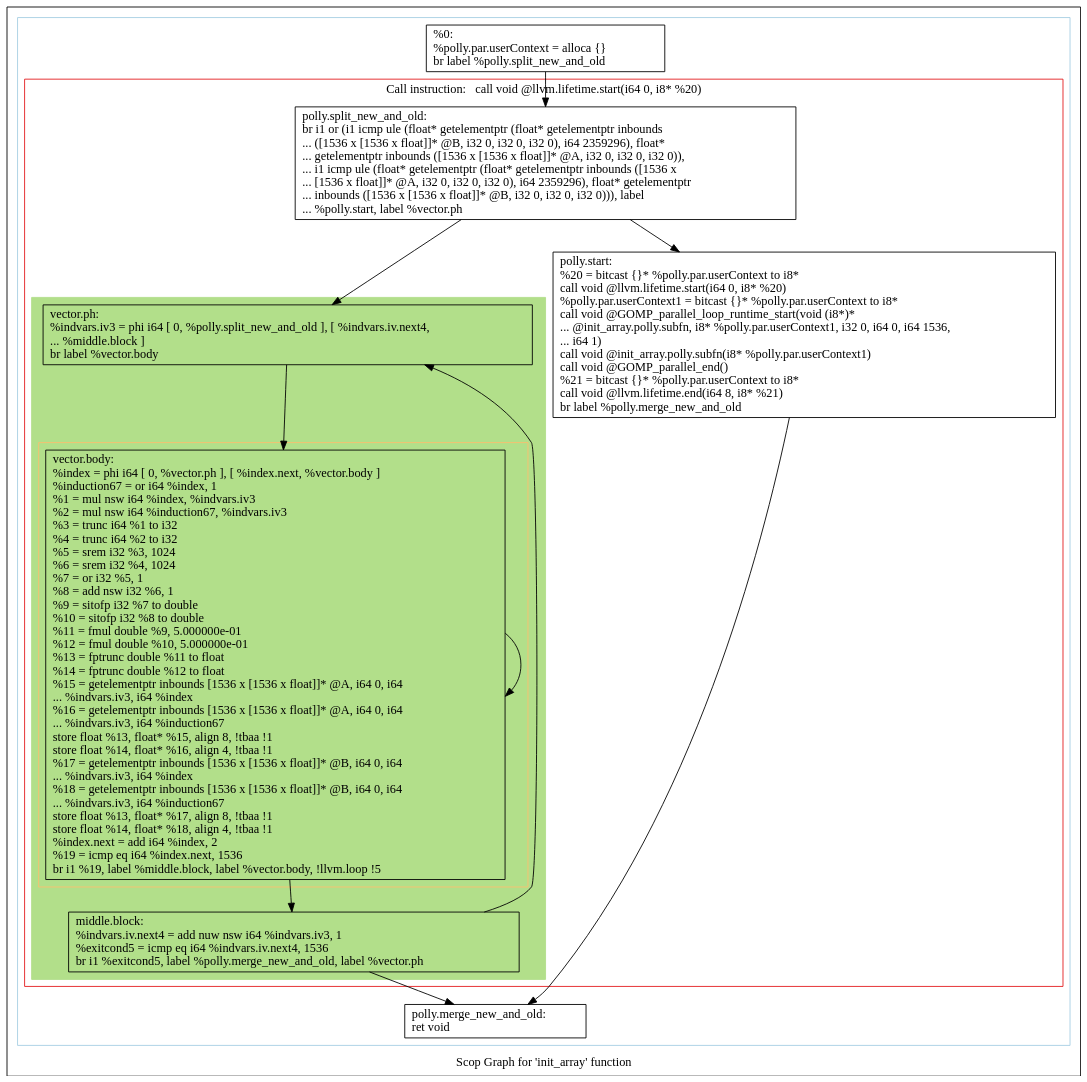
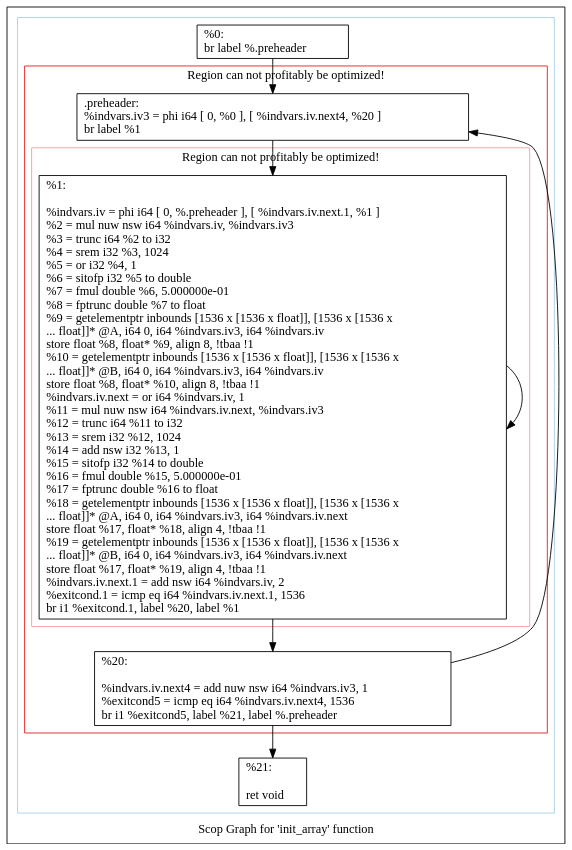
One commit to rogerioag/openmp-hook changed the diagram in matmul-polly/scops.init_array.dot. Above: the diagram before and after it, drawn with Graphviz. The commit also changed 9 other files, not shown here.

```diff
--- a/matmul-polly/scops.init_array.dot
+++ b/matmul-polly/scops.init_array.dot
@@ -1,47 +1,36 @@
 digraph "Scop Graph for 'init_array' function" {
 	label="Scop Graph for 'init_array' function";
 
-	Node0x107fce0 [shape=record,label="{%0:\l  %polly.par.userContext = alloca \{\}\l  br label %polly.split_new_and_old\l}"];
-	Node0x107fce0 -> Node0x107fca0;
-	Node0x107fca0 [shape=record,label="{polly.split_new_and_old:                          \l  br i1 or (i1 icmp ule (float* getelementptr (float* getelementptr inbounds\l... ([1536 x [1536 x float]]* @B, i32 0, i32 0, i32 0), i64 2359296), float*\l... getelementptr inbounds ([1536 x [1536 x float]]* @A, i32 0, i32 0, i32 0)),\l... i1 icmp ule (float* getelementptr (float* getelementptr inbounds ([1536 x\l... [1536 x float]]* @A, i32 0, i32 0, i32 0), i64 2359296), float* getelementptr\l... inbounds ([1536 x [1536 x float]]* @B, i32 0, i32 0, i32 0))), label\l... %polly.start, label %vector.ph\l}"];
-	Node0x107fca0 -> Node0x107fbc0;
-	Node0x107fca0 -> Node0x107fc20;
-	Node0x107fbc0 [shape=record,label="{polly.start:                                      \l  %20 = bitcast \{\}* %polly.par.userContext to i8*\l  call void @llvm.lifetime.start(i64 0, i8* %20)\l  %polly.par.userContext1 = bitcast \{\}* %polly.par.userContext to i8*\l  call void @GOMP_parallel_loop_runtime_start(void (i8*)*\l... @init_array.polly.subfn, i8* %polly.par.userContext1, i32 0, i64 0, i64 1536,\l... i64 1)\l  call void @init_array.polly.subfn(i8* %polly.par.userContext1)\l  call void @GOMP_parallel_end()\l  %21 = bitcast \{\}* %polly.par.userContext to i8*\l  call void @llvm.lifetime.end(i64 8, i8* %21)\l  br label %polly.merge_new_and_old\l}"];
-	Node0x107fbc0 -> Node0x107fc80;
-	Node0x107fc80 [shape=record,label="{polly.merge_new_and_old:                          \l  ret void\l}"];
-	Node0x107fc20 [shape=record,label="{vector.ph:                                        \l  %indvars.iv3 = phi i64 [ 0, %polly.split_new_and_old ], [ %indvars.iv.next4,\l... %middle.block ]\l  br label %vector.body\l}"];
-	Node0x107fc20 -> Node0x107bbc0;
-	Node0x107bbc0 [shape=record,label="{vector.body:                                      \l  %index = phi i64 [ 0, %vector.ph ], [ %index.next, %vector.body ]\l  %induction67 = or i64 %index, 1\l  %1 = mul nsw i64 %index, %indvars.iv3\l  %2 = mul nsw i64 %induction67, %indvars.iv3\l  %3 = trunc i64 %1 to i32\l  %4 = trunc i64 %2 to i32\l  %5 = srem i32 %3, 1024\l  %6 = srem i32 %4, 1024\l  %7 = or i32 %5, 1\l  %8 = add nsw i32 %6, 1\l  %9 = sitofp i32 %7 to double\l  %10 = sitofp i32 %8 to double\l  %11 = fmul double %9, 5.000000e-01\l  %12 = fmul double %10, 5.000000e-01\l  %13 = fptrunc double %11 to float\l  %14 = fptrunc double %12 to float\l  %15 = getelementptr inbounds [1536 x [1536 x float]]* @A, i64 0, i64\l... %indvars.iv3, i64 %index\l  %16 = getelementptr inbounds [1536 x [1536 x float]]* @A, i64 0, i64\l... %indvars.iv3, i64 %induction67\l  store float %13, float* %15, align 8, !tbaa !1\l  store float %14, float* %16, align 4, !tbaa !1\l  %17 = getelementptr inbounds [1536 x [1536 x float]]* @B, i64 0, i64\l... %indvars.iv3, i64 %index\l  %18 = getelementptr inbounds [1536 x [1536 x float]]* @B, i64 0, i64\l... %indvars.iv3, i64 %induction67\l  store float %13, float* %17, align 8, !tbaa !1\l  store float %14, float* %18, align 4, !tbaa !1\l  %index.next = add i64 %index, 2\l  %19 = icmp eq i64 %index.next, 1536\l  br i1 %19, label %middle.block, label %vector.body, !llvm.loop !5\l}"];
-	Node0x107bbc0 -> Node0x107fdd0;
-	Node0x107bbc0 -> Node0x107bbc0[constraint=false];
-	Node0x107fdd0 [shape=record,label="{middle.block:                                     \l  %indvars.iv.next4 = add nuw nsw i64 %indvars.iv3, 1\l  %exitcond5 = icmp eq i64 %indvars.iv.next4, 1536\l  br i1 %exitcond5, label %polly.merge_new_and_old, label %vector.ph\l}"];
-	Node0x107fdd0 -> Node0x107fc80;
-	Node0x107fdd0 -> Node0x107fc20[constraint=false];
+	Node0x16244f0 [shape=record,label="{%0:\l  br label %.preheader\l}"];
+	Node0x16244f0 -> Node0x1624490;
+	Node0x1624490 [shape=record,label="{.preheader:                                       \l  %indvars.iv3 = phi i64 [ 0, %0 ], [ %indvars.iv.next4, %20 ]\l  br label %1\l}"];
+	Node0x1624490 -> Node0x1624b10;
+	Node0x1624b10 [shape=record,label="{%1:\l\l  %indvars.iv = phi i64 [ 0, %.preheader ], [ %indvars.iv.next.1, %1 ]\l  %2 = mul nuw nsw i64 %indvars.iv, %indvars.iv3\l  %3 = trunc i64 %2 to i32\l  %4 = srem i32 %3, 1024\l  %5 = or i32 %4, 1\l  %6 = sitofp i32 %5 to double\l  %7 = fmul double %6, 5.000000e-01\l  %8 = fptrunc double %7 to float\l  %9 = getelementptr inbounds [1536 x [1536 x float]], [1536 x [1536 x\l... float]]* @A, i64 0, i64 %indvars.iv3, i64 %indvars.iv\l  store float %8, float* %9, align 8, !tbaa !1\l  %10 = getelementptr inbounds [1536 x [1536 x float]], [1536 x [1536 x\l... float]]* @B, i64 0, i64 %indvars.iv3, i64 %indvars.iv\l  store float %8, float* %10, align 8, !tbaa !1\l  %indvars.iv.next = or i64 %indvars.iv, 1\l  %11 = mul nuw nsw i64 %indvars.iv.next, %indvars.iv3\l  %12 = trunc i64 %11 to i32\l  %13 = srem i32 %12, 1024\l  %14 = add nsw i32 %13, 1\l  %15 = sitofp i32 %14 to double\l  %16 = fmul double %15, 5.000000e-01\l  %17 = fptrunc double %16 to float\l  %18 = getelementptr inbounds [1536 x [1536 x float]], [1536 x [1536 x\l... float]]* @A, i64 0, i64 %indvars.iv3, i64 %indvars.iv.next\l  store float %17, float* %18, align 4, !tbaa !1\l  %19 = getelementptr inbounds [1536 x [1536 x float]], [1536 x [1536 x\l... float]]* @B, i64 0, i64 %indvars.iv3, i64 %indvars.iv.next\l  store float %17, float* %19, align 4, !tbaa !1\l  %indvars.iv.next.1 = add nsw i64 %indvars.iv, 2\l  %exitcond.1 = icmp eq i64 %indvars.iv.next.1, 1536\l  br i1 %exitcond.1, label %20, label %1\l}"];
+	Node0x1624b10 -> Node0x162eb10;
+	Node0x1624b10 -> Node0x1624b10[constraint=false];
+	Node0x162eb10 [shape=record,label="{%20:\l\l  %indvars.iv.next4 = add nuw nsw i64 %indvars.iv3, 1\l  %exitcond5 = icmp eq i64 %indvars.iv.next4, 1536\l  br i1 %exitcond5, label %21, label %.preheader\l}"];
+	Node0x162eb10 -> Node0x162e980;
+	Node0x162eb10 -> Node0x1624490[constraint=false];
+	Node0x162e980 [shape=record,label="{%21:\l\l  ret void\l}"];
 	colorscheme = "paired12"
-        subgraph cluster_0x107b4e0 {
+        subgraph cluster_0x16242e0 {
           label = "";
           style = solid;
           color = 1
-          subgraph cluster_0x107c0f0 {
-            label = "Call instruction:   call void @llvm.lifetime.start(i64 0, i8* %20)";
+          subgraph cluster_0x1624db0 {
+            label = "Region can not profitably be optimized!";
             style = solid;
             color = 6
-            subgraph cluster_0x107c070 {
-              label = "";
-              style = filled;
-              color = 3              subgraph cluster_0x107bbe0 {
-                label = "";
-                style = solid;
-                color = 7
-                Node0x107bbc0;
-              }
-              Node0x107fc20;
-              Node0x107fdd0;
+            subgraph cluster_0x1624510 {
+              label = "Region can not profitably be optimized!";
+              style = solid;
+              color = 5
+              Node0x1624b10;
             }
-            Node0x107fca0;
-            Node0x107fbc0;
+            Node0x1624490;
+            Node0x162eb10;
           }
-          Node0x107fce0;
-          Node0x107fc80;
+          Node0x16244f0;
+          Node0x162e980;
         }
 }
```
